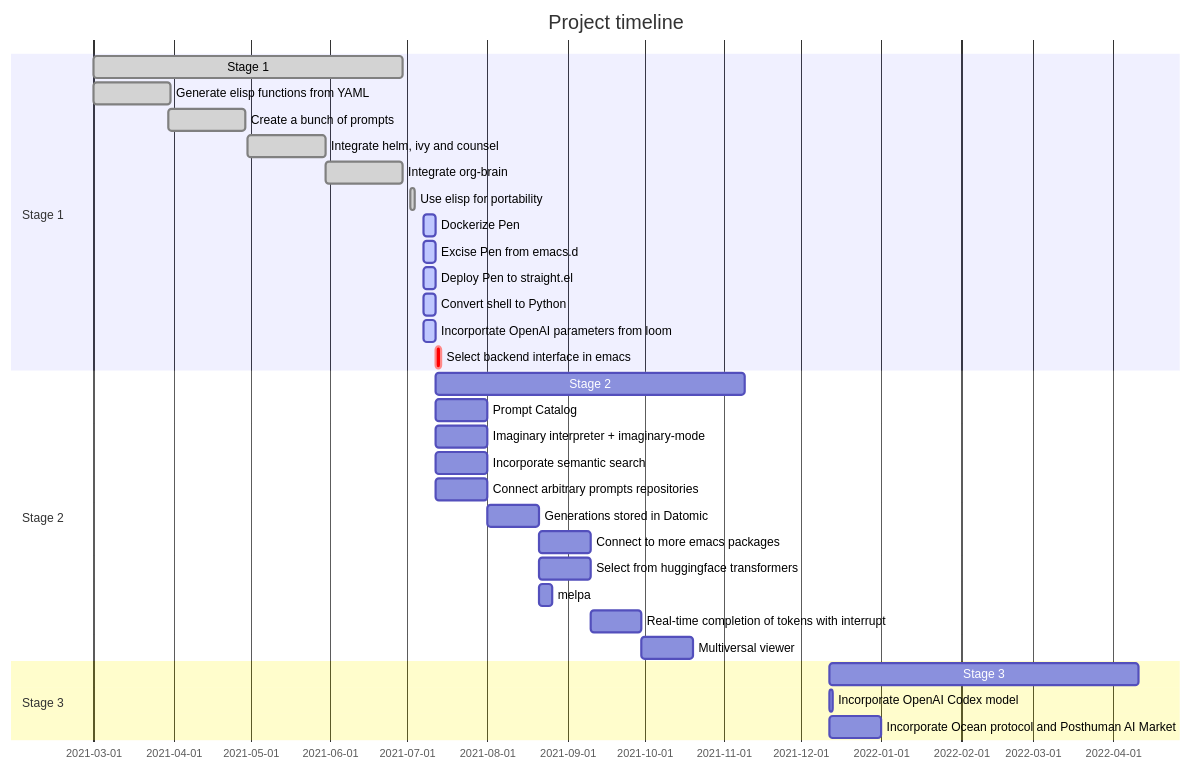
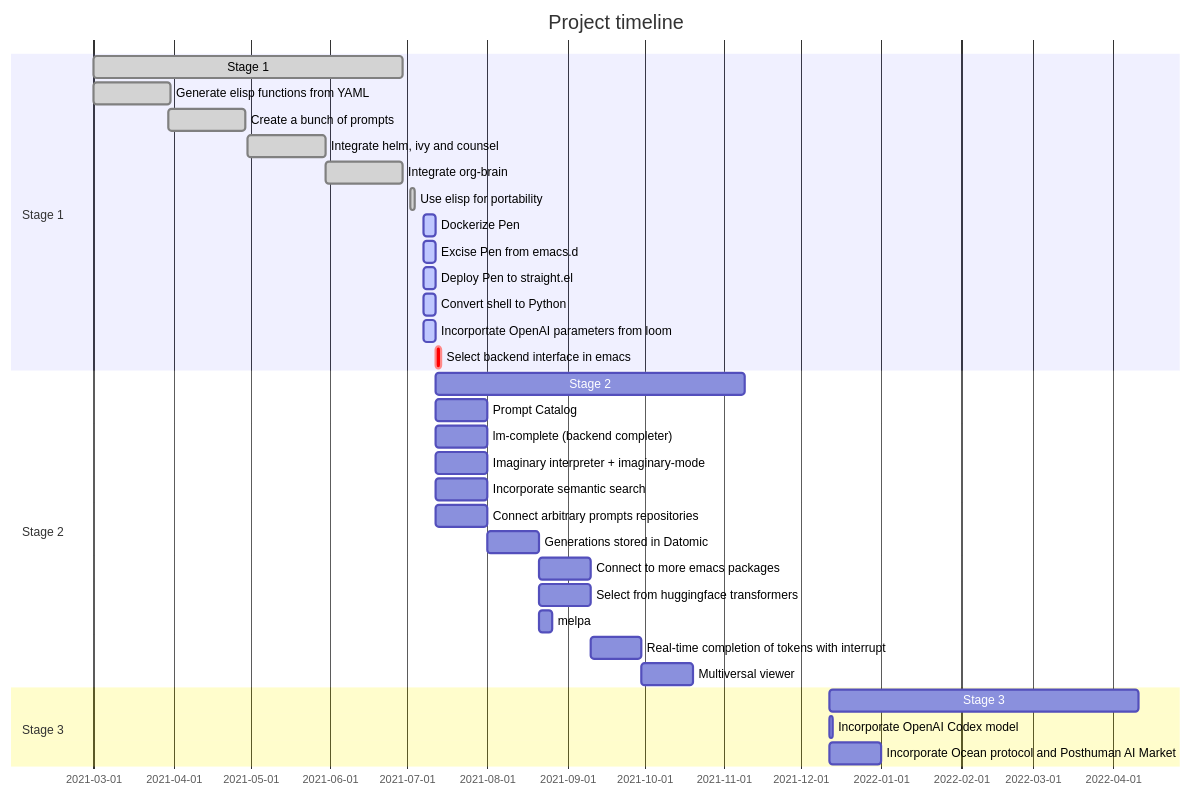
One commit to semiosis/pen.el changed the diagram in docs/README.org. Above: the diagram before and after it, drawn with Mermaid. The commit also changed 1 other file, not shown here.

Commit message:
Thu 08 Jul 2021 00:14:29

```diff
--- a/docs/README.org
+++ b/docs/README.org
@@ -31,34 +31,35 @@
 #+BEGIN_SRC mermaid :results raw :file project-timeline.png
   gantt
           title Project timeline
           dateFormat  YYYY-MM-DD
           section Stage 1
           Stage 1  :done, :s1, 2021-03-01, 120d
           Generate elisp functions from YAML  :done,  :a1, 2021-03-01, 30d
           Create a bunch of prompts  :done,   :a3, 2021-03-30, 30d
           Integrate helm, ivy and counsel  :done,   :a4, 2021-04-30, 30d
           Integrate org-brain  :done,   :a5, 2021-05-30, 30d
           Use elisp for portability :done,  :b2, 2021-07-02, 2d
           Dockerize Pen : active, b3, after b2 , 5d
           Excise Pen from emacs.d: active, b3.1, after b2 , 5d
           Deploy Pen to straight.el: active, b3.2, after b2 , 5d
           Convert shell to Python : active, b4, after b2 , 5d
           Incorportate OpenAI parameters from loom : active, b4, after b2 , 5d
           Select backend interface in emacs :crit, after b3, 2d
           section Stage 2
           Stage 2  :s2, 2021-07-12, 120d
           Prompt Catalog : b6a, 2021-07-12, 20d
+          lm-complete (backend completer) : b6b, 2021-07-12, 20d
           Imaginary interpreter + imaginary-mode : b11, 2021-07-12, 20d
           Incorporate semantic search : b12, 2021-07-12, 20d
           Connect arbitrary prompts repositories : b6, 2021-07-12, 20d
           Generations stored in Datomic : b7, after b6, 20d
           Connect to more emacs packages : b8, after b7 , 20d
           Select from huggingface transformers : b15, after b7 , 20d
           melpa : b14, after b7 , 5d
           Real-time completion of tokens with interrupt : b9, after b8, 20d
           Multiversal viewer : b10, after b9, 20d
           section Stage 3
           Stage 3  :s3, 2021-12-12, 120d
           Incorporate OpenAI Codex model : c1, 2021-12-12, 1d
           Incorporate Ocean protocol and Posthuman AI Market : c2, 2021-12-12, 20d
 #+END_SRC
```
